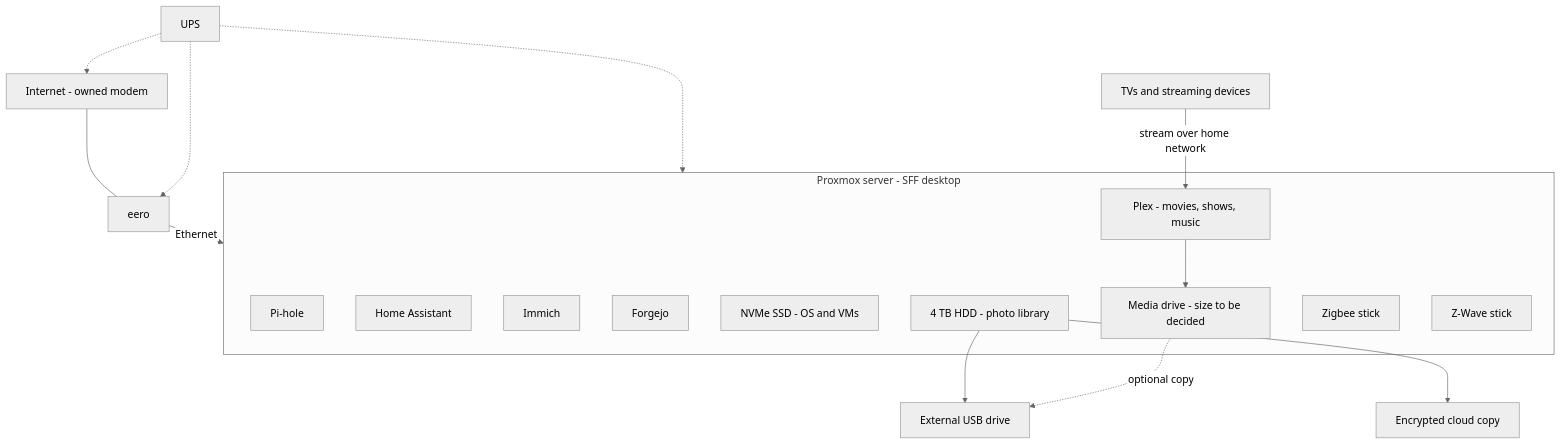
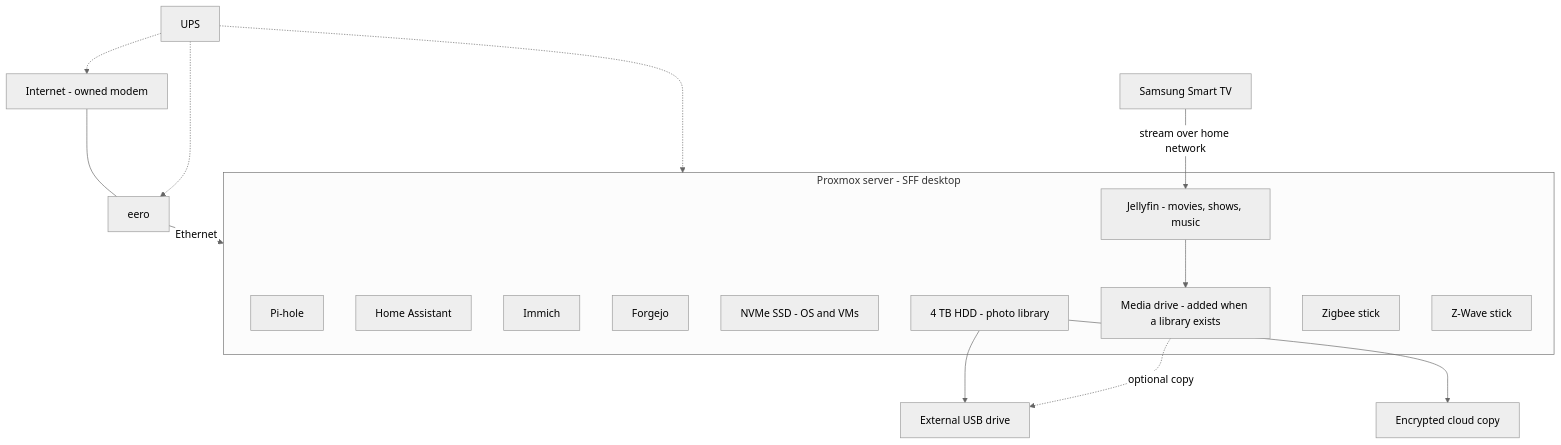
Before and after one commit to gswillis/homelab: the first of 2 diagrams in docs/architecture.md, drawn with Mermaid (neutral theme). The commit also changed other lines of this file and 9 other files, not shown here.

````diff
--- a/docs/architecture.md
+++ b/docs/architecture.md
@@ -26,27 +26,27 @@
 ```mermaid
 flowchart TB
     NET["Internet - owned modem"] --- EERO["eero"]
     EERO -->|"Ethernet"| SERVER
 
     subgraph SERVER["Proxmox server - SFF desktop"]
         PIHOLE["Pi-hole"]
         HA["Home Assistant"]
         IMMICH["Immich"]
         FORGEJO["Forgejo"]
-        PLEX["Plex - movies, shows, music"]
+        JELLYFIN["Jellyfin - movies, shows, music"]
         SSD["NVMe SSD - OS and VMs"]
         HDD["4 TB HDD - photo library"]
-        MEDIA["Media drive - size to be decided"]
+        MEDIA["Media drive - added when a library exists"]
         ZB["Zigbee stick"]
         ZW["Z-Wave stick"]
     end
 
     HDD --> BACKUP["External USB drive"]
     HDD --> CLOUD["Encrypted cloud copy"]
-    TV["TVs and streaming devices"] -->|"stream over home network"| PLEX
-    PLEX --> MEDIA
+    TV["Samsung Smart TV"] -->|"stream over home network"| JELLYFIN
+    JELLYFIN --> MEDIA
     MEDIA -.->|"optional copy"| BACKUP
     UPS["UPS"] -.-> SERVER
     UPS -.-> EERO
     UPS -.-> NET
 ```
````
